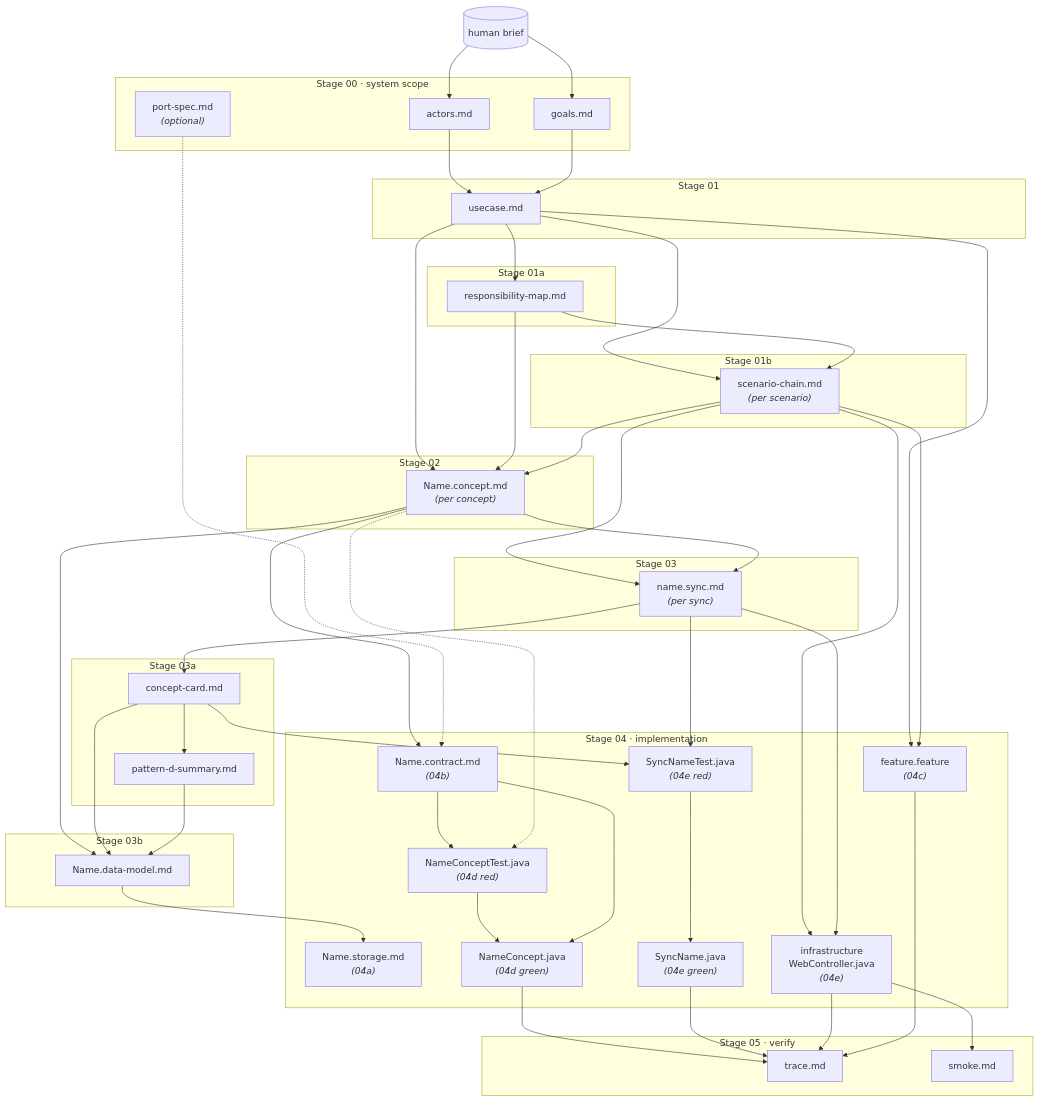
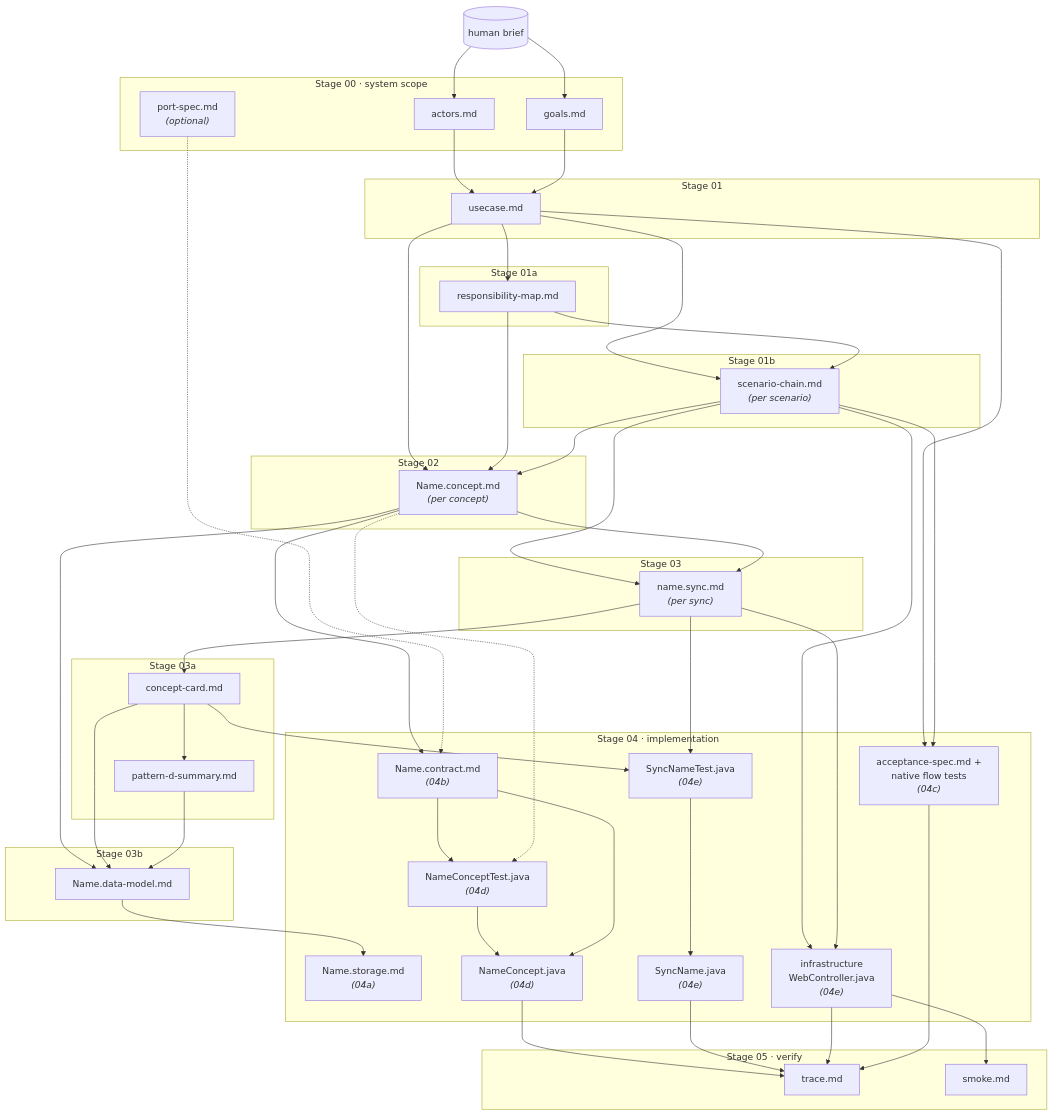
Before and after one commit to abratto/clad: the diagram in methodology/architecture/TRACEABILITY.md, drawn with Mermaid. The commit also changed other lines of this file and 127 other files, not shown here.

First line of the commit message:
feat(testing): spec-driven Stage 04 — frozen Acceptance Spec + mutation gate (DR-0001)

```diff
--- a/methodology/architecture/TRACEABILITY.md
+++ b/methodology/architecture/TRACEABILITY.md
@@ -103,11 +101,11 @@
     subgraph S04["Stage 04 · implementation"]
         STORAGE["Name.storage.md<br/><i>(04a)</i>"]
         contract["Name.contract.md<br/><i>(04b)</i>"]
-        FEATURE["feature.feature<br/><i>(04c)</i>"]
-        CONCEPTTEST["NameConceptTest.java<br/><i>(04d red)</i>"]
-        CONCEPTIMPL["NameConcept.java<br/><i>(04d green)</i>"]
-        SYNCTEST["SyncNameTest.java<br/><i>(04e red)</i>"]
-        SYNCIMPL["SyncName.java<br/><i>(04e green)</i>"]
+        FEATURE["acceptance-spec.md +<br/>native flow tests<br/><i>(04c)</i>"]
+        CONCEPTTEST["NameConceptTest.java<br/><i>(04d)</i>"]
+        CONCEPTIMPL["NameConcept.java<br/><i>(04d)</i>"]
+        SYNCTEST["SyncNameTest.java<br/><i>(04e)</i>"]
+        SYNCIMPL["SyncName.java<br/><i>(04e)</i>"]
         CONTROLLER["infrastructure<br/>WebController.java<br/><i>(04e)</i>"]
     end
 
```
